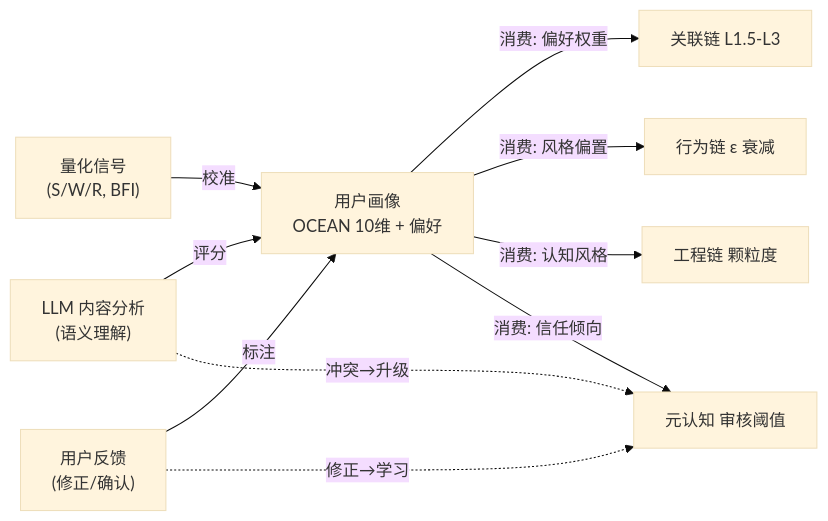
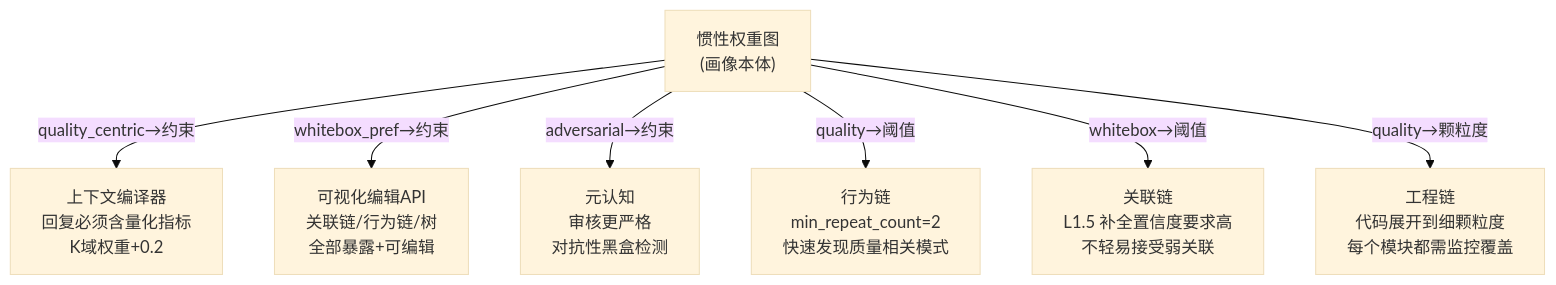
One commit to aptshark-g/DialogMesh changed the second of 2 diagrams in docs/BUSINESS_CHAIN_08_PROFILE_FEEDBACK.md. Above: the diagram before and after it, drawn with Mermaid (base theme). The commit also changed other lines of this file, not shown here.

Commit message:
Chain 08 v2: profile = inertia weight graph — multi-view consensus, break-as-signal, design constraint projection

````diff
--- a/docs/BUSINESS_CHAIN_08_PROFILE_FEEDBACK.md
+++ b/docs/BUSINESS_CHAIN_08_PROFILE_FEEDBACK.md
@@ -12,16 +207,11 @@
 ```mermaid
-graph LR
-    PROFILE["用户画像<br/>OCEAN 10维 + 偏好"]
+graph TD
+    IWG["惯性权重图<br/>(画像本体)"]
     
-    LLM["LLM 内容分析<br/>(语义理解)"] -->|"评分"| PROFILE
-    QUANT["量化信号<br/>(S/W/R, BFI)"] -->|"校准"| PROFILE
-    USER["用户反馈<br/>(修正/确认)"] -->|"标注"| PROFILE
-    
-    PROFILE -->|"消费: 偏好权重"| ASSOC["关联链 L1.5-L3"]
-    PROFILE -->|"消费: 风格偏置"| BHV["行为链 ε 衰减"]
-    PROFILE -->|"消费: 认知风格"| ENGINE["工程链 颗粒度"]
-    PROFILE -->|"消费: 信任倾向"| META["元认知 审核阈值"]
-    
-    LLM -.->|"冲突→升级"| META
-    USER -.->|"修正→学习"| META
+    IWG -->|"quality_centric→约束"| CTX["上下文编译器<br/>回复必须含量化指标<br/>K域权重+0.2"]
+    IWG -->|"whitebox_pref→约束"| GUI_EDIT["可视化编辑API<br/>关联链/行为链/树<br/>全部暴露+可编辑"]
+    IWG -->|"adversarial→约束"| META["元认知<br/>审核更严格<br/>对抗性黑盒检测"]
+    IWG -->|"quality→阈值"| BHV["行为链<br/>min_repeat_count=2<br/>快速发现质量相关模式"]
+    IWG -->|"whitebox→阈值"| ASSOC["关联链<br/>L1.5 补全置信度要求高<br/>不轻易接受弱关联"]
+    IWG -->|"quality→颗粒度"| ENG["工程链<br/>代码展开到细颗粒度<br/>每个模块都需监控覆盖"]
 ```
````
